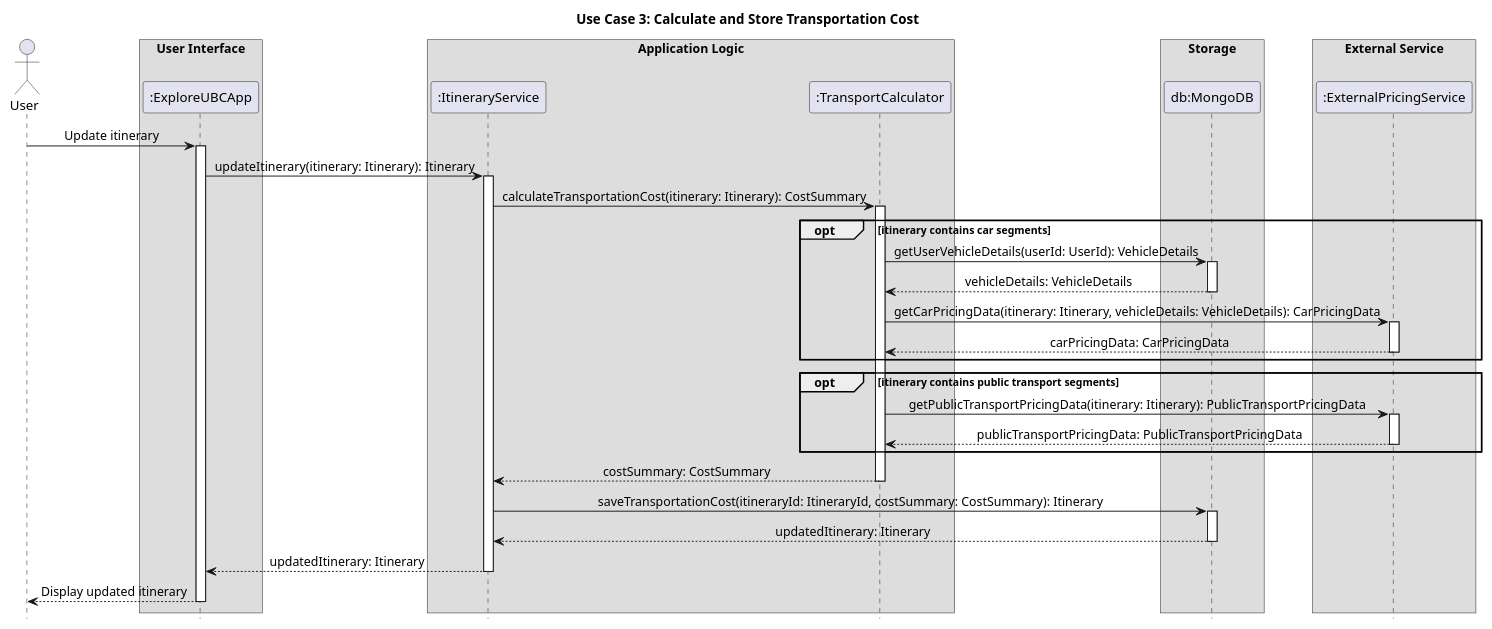
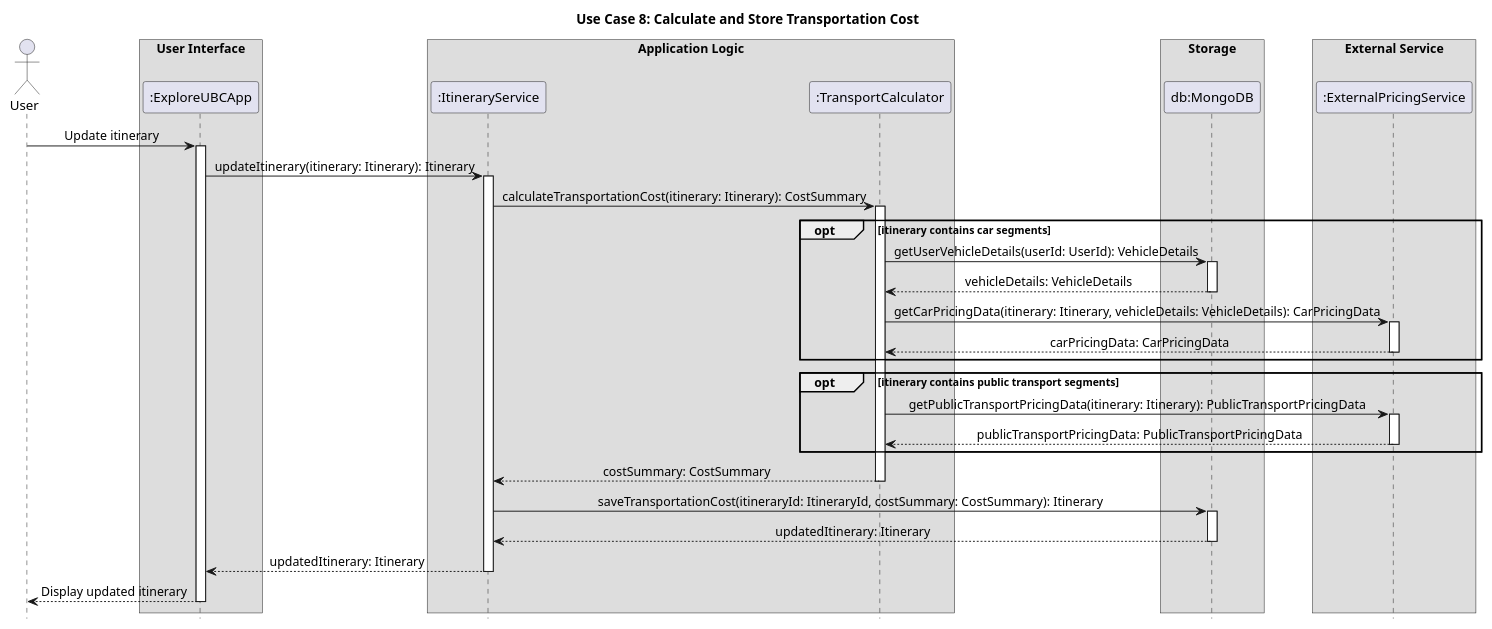
Before and after one commit to islamhampriv/ExploreUBC: the diagram in documentation/images/transportation_cost_seq_diagram.puml, drawn with PlantUML. The commit also changed 4 other files, not shown here.

Commit message:
docs: update live events requirements and sequence diagrams

```diff
--- a/documentation/images/transportation_cost_seq_diagram.puml
+++ b/documentation/images/transportation_cost_seq_diagram.puml
@@ -1,73 +1,73 @@
 @startuml
-title Use Case 3: Calculate and Store Transportation Cost
+title Use Case 8: Calculate and Store Transportation Cost
 
 skinparam ArrowFontStyle plain
 skinparam ParticipantStyle rectangle
 skinparam Shadowing false
 skinparam DefaultTextAlignment center
 skinparam SequenceMessageAlign center
 skinparam SequenceBoxFontSize 15
 skinparam SequenceBoxPadding 0
 skinparam FontName Arial
 hide footbox
 
 actor User
 
 box "User Interface"
 participant ":ExploreUBCApp" as App
 end box
 
 box "Application Logic"
 participant ":ItineraryService" as ItineraryService
 participant ":TransportCalculator" as Calculator
 end box
 
 box "Storage"
 participant "db:MongoDB" as Database
 end box
 
 box "External Service"
 participant ":ExternalPricingService" as ExternalService
 end box
 
 User -> App : Update itinerary
 activate App
 App -> ItineraryService : updateItinerary(itinerary: Itinerary): Itinerary
 activate ItineraryService
 
 ItineraryService -> Calculator : calculateTransportationCost(itinerary: Itinerary): CostSummary
 activate Calculator
 
 opt itinerary contains car segments
     Calculator -> Database : getUserVehicleDetails(userId: UserId): VehicleDetails
     activate Database
     Database --> Calculator : vehicleDetails: VehicleDetails
     deactivate Database
 
     Calculator -> ExternalService : getCarPricingData(itinerary: Itinerary, vehicleDetails: VehicleDetails): CarPricingData
     activate ExternalService
     ExternalService --> Calculator : carPricingData: CarPricingData
     deactivate ExternalService
 end
 
 opt itinerary contains public transport segments
     Calculator -> ExternalService : getPublicTransportPricingData(itinerary: Itinerary): PublicTransportPricingData
     activate ExternalService
     ExternalService --> Calculator : publicTransportPricingData: PublicTransportPricingData
     deactivate ExternalService
 end
 
 Calculator --> ItineraryService : costSummary: CostSummary
 deactivate Calculator
 
 ItineraryService -> Database : saveTransportationCost(itineraryId: ItineraryId, costSummary: CostSummary): Itinerary
 activate Database
 Database --> ItineraryService : updatedItinerary: Itinerary
 deactivate Database
 
 ItineraryService --> App : updatedItinerary: Itinerary
 deactivate ItineraryService
 App --> User : Display updated itinerary
 deactivate App
 
 @enduml
```
